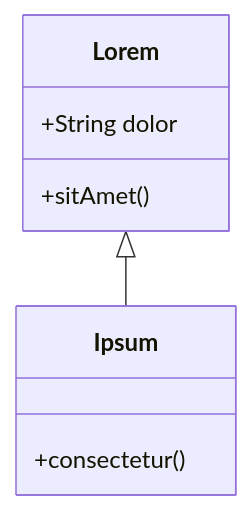
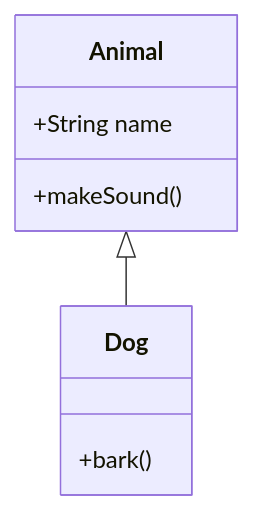
The sixth of 6 diagrams in src/lib/posts/000-markdown-test/index.md (ShyAssassin/assassin.dev), drawn with Mermaid before and after one commit. The commit also changed other lines of this file, not shown here.

````diff
--- a/src/lib/posts/000-markdown-test/index.md
+++ b/src/lib/posts/000-markdown-test/index.md
@@ -133,9 +180,9 @@
 ```mermaid
 classDiagram
-    Lorem <|-- Ipsum
-    Lorem : +String dolor
-    Lorem : +sitAmet()
-    class Ipsum {
-      +consectetur()
+    Animal <|-- Dog
+    Animal : +String name
+    Animal : +makeSound()
+    class Dog {
+      +bark()
     }
 ```
````
